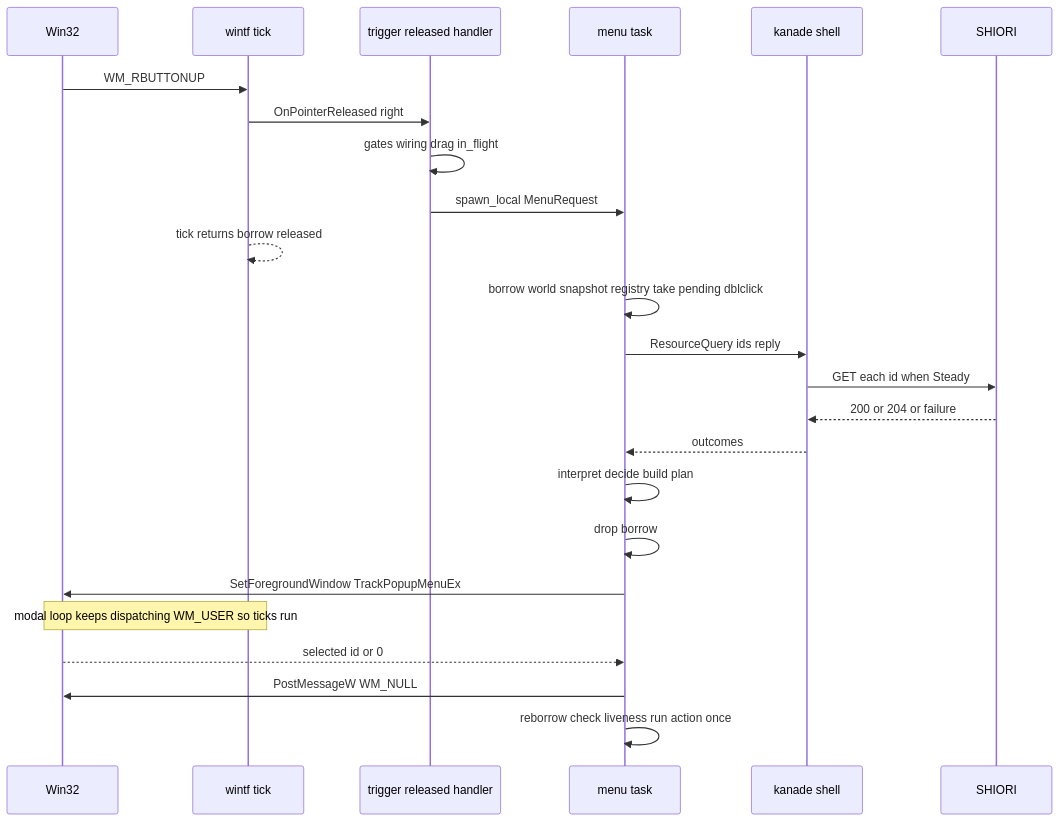
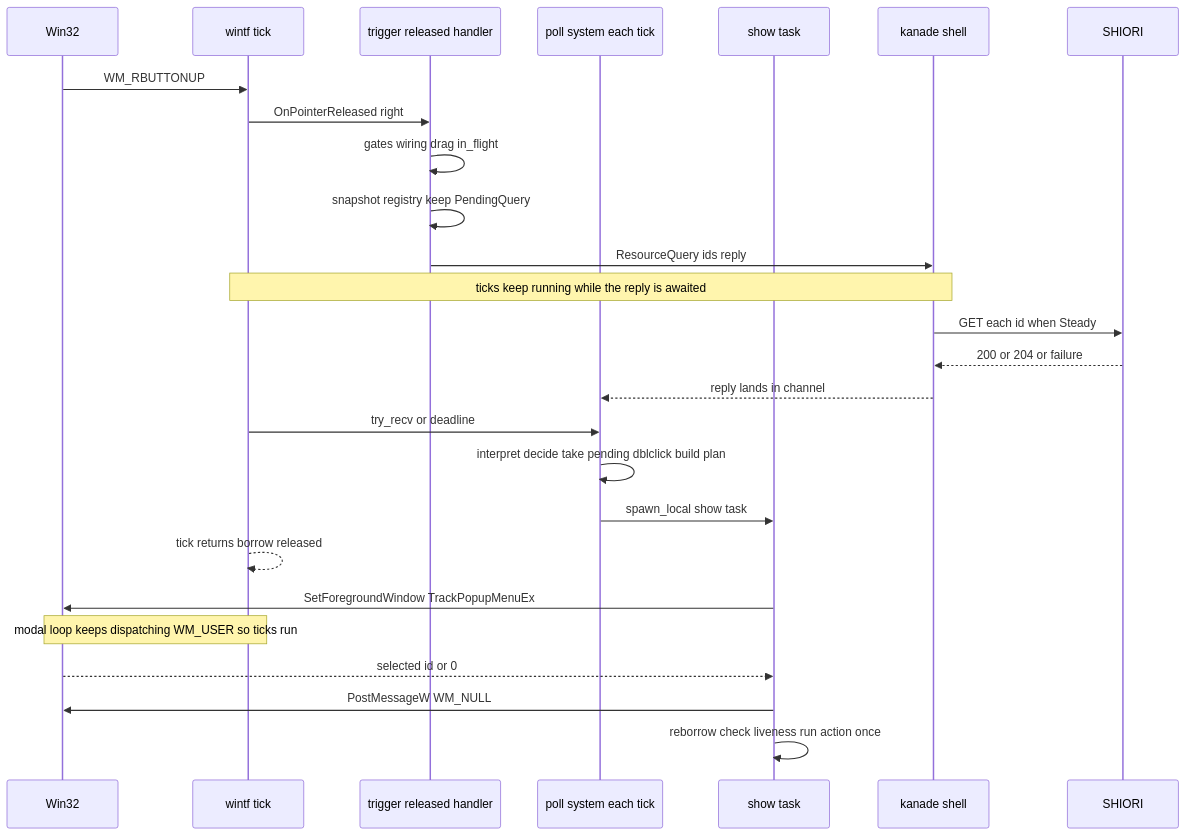
One commit to ekicyou/areka changed the second of 3 diagrams in .kiro/specs/areka-P0-popup-menu-minimal/design.md. Above: the diagram before and after it, drawn with Mermaid. The commit also changed other lines of this file and 1 other file, not shown here.

Commit message:
docs(areka-P0-popup-menu-minimal): resolve design discussion #1 - poll the caption query on the tick instead of blocking the UI thread

````diff
--- a/.kiro/specs/areka-P0-popup-menu-minimal/design.md
+++ b/.kiro/specs/areka-P0-popup-menu-minimal/design.md
@@ -225,26 +226,28 @@
 ```mermaid
 sequenceDiagram
     participant OS as Win32
     participant W as wintf tick
     participant H as trigger released handler
-    participant T as menu task
+    participant P as poll system each tick
+    participant T as show task
     participant K as kanade shell
     participant S as SHIORI
     OS->>W: WM_RBUTTONUP
     W->>H: OnPointerReleased right
     H->>H: gates wiring drag in_flight
-    H->>T: spawn_local MenuRequest
-    W-->>W: tick returns borrow released
-    T->>T: borrow world snapshot registry take pending dblclick
-    T->>K: ResourceQuery ids reply
+    H->>H: snapshot registry keep PendingQuery
+    H->>K: ResourceQuery ids reply
+    Note over W,K: ticks keep running while the reply is awaited
     K->>S: GET each id when Steady
     S-->>K: 200 or 204 or failure
-    K-->>T: outcomes
-    T->>T: interpret decide build plan
-    T->>T: drop borrow
+    K-->>P: reply lands in channel
+    W->>P: try_recv or deadline
+    P->>P: interpret decide take pending dblclick build plan
+    P->>T: spawn_local show task
+    W-->>W: tick returns borrow released
     T->>OS: SetForegroundWindow TrackPopupMenuEx
     Note over OS,W: modal loop keeps dispatching WM_USER so ticks run
     OS-->>T: selected id or 0
     T->>OS: PostMessageW WM_NULL
     T->>T: reborrow check liveness run action once
 ```
````
